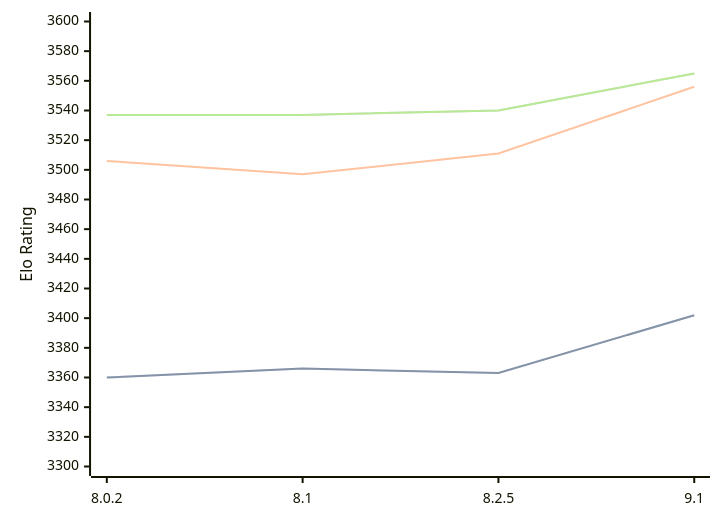
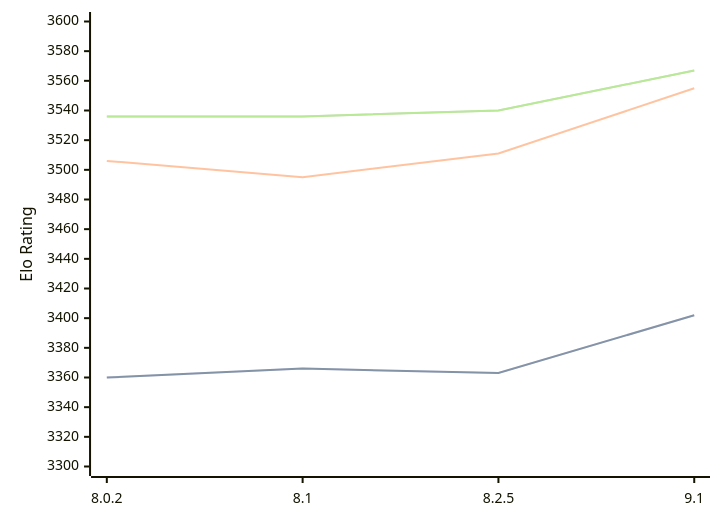
Before and after one commit to computer-chess-index/cci: the diagram in engines/Clover.md, drawn with Mermaid. The commit also changed other lines of this file, not shown here.

Commit message:
Update CCI Ratings (ELO VLTC) - 2026-03-24

````diff
--- a/engines/Clover.md
+++ b/engines/Clover.md
@@ -64,11 +64,11 @@
 ```mermaid
 %%{init: {"theme":"base","themeVariables":{"seriesColors:['#a3a3a3','#222221','#faa371']}}}%%
 xychart-beta
   x-axis ["8.0.2", "8.1", "8.2.5", "9.1"]
   y-axis "Elo Rating" 3300 --> 3600
   line "STC (8.0+0.08s)" [3360, 3366, 3363, 3402]
   line "STC (8.0+0.08s)" [3360, 3366, 3363, 3402]
-  line "LTC (60.0+0.60s)" [3506, 3497, 3511, 3556]
-  line "VLTC (2m24s+1.12s)" [3537, 3537, 3540, 3565]
-  line "VLTC (2m24s+1.12s)" [3537, 3537, 3540, 3565]
+  line "LTC (60.0+0.60s)" [3506, 3495, 3511, 3555]
+  line "VLTC (2m24s+1.12s)" [3536, 3536, 3540, 3567]
+  line "VLTC (2m24s+1.12s)" [3536, 3536, 3540, 3567]
 ```
````
